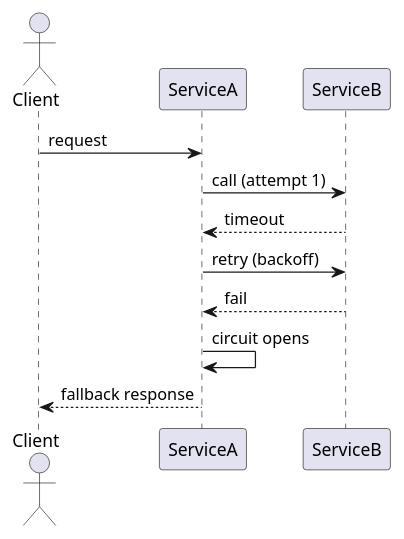
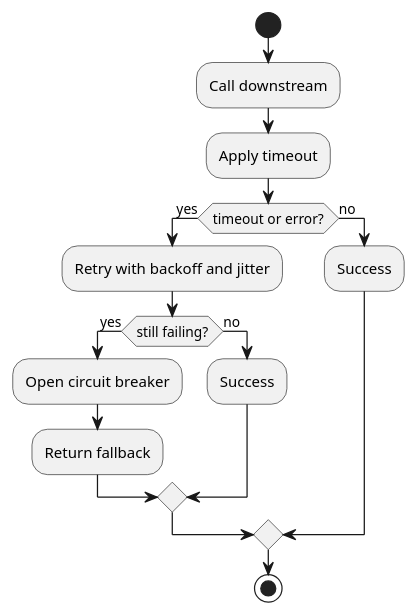
Before and after one commit to iwizy/analyst_kb: the diagram in docs/integrations/integration-methods/reliability-patterns.md, drawn with PlantUML. The commit also changed other lines of this file and 33 other files, not shown here.

````diff
--- a/docs/integrations/integration-methods/reliability-patterns.md
+++ b/docs/integrations/integration-methods/reliability-patterns.md
@@ -38,15 +41,19 @@
 ```kroki-plantuml
 @startuml
-actor Client
-participant ServiceA
-participant ServiceB
-
-Client -> ServiceA: request
-ServiceA -> ServiceB: call (attempt 1)
-ServiceB --> ServiceA: timeout
-ServiceA -> ServiceB: retry (backoff)
-ServiceB --> ServiceA: fail
-ServiceA -> ServiceA: circuit opens
-ServiceA --> Client: fallback response
+start
+:Call downstream;
+:Apply timeout;
+if (timeout or error?) then (yes)
+  :Retry with backoff and jitter;
+  if (still failing?) then (yes)
+    :Open circuit breaker;
+    :Return fallback;
+  else (no)
+    :Success;
+  endif
+else (no)
+  :Success;
+endif
+stop
 @enduml
 ```
````
